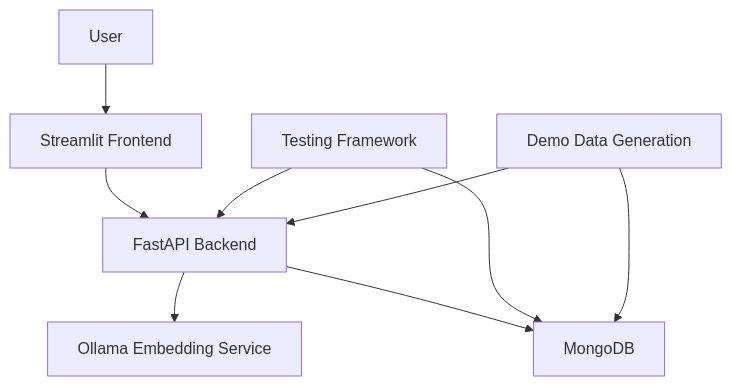
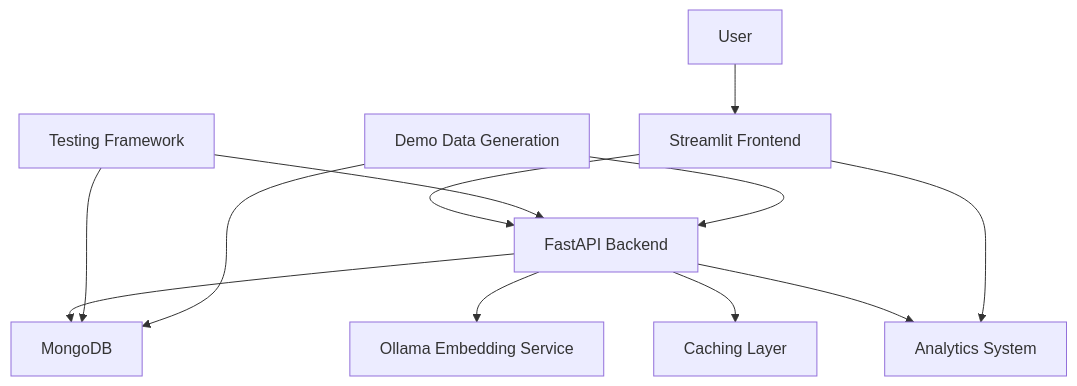
The first of 7 diagrams in memory-bank/systemPatterns.md (Tapas15/Lamma_recommender), drawn with Mermaid before and after one commit. The commit also changed other lines of this file and 4 other files, not shown here.

````diff
--- a/memory-bank/systemPatterns.md
+++ b/memory-bank/systemPatterns.md
@@ -15,11 +17,14 @@
 ```mermaid
 graph TD
     User[User] --> Frontend[Streamlit Frontend]
     Frontend --> Backend[FastAPI Backend]
     Backend --> Database[MongoDB]
     Backend --> EmbeddingService[Ollama Embedding Service]
+    Backend --> CachingLayer[Caching Layer]
     TestFramework[Testing Framework] --> Backend
     TestFramework --> Database
     DemoData[Demo Data Generation] --> Backend
     DemoData --> Database
+    Backend --> AnalyticsSystem[Analytics System]
+    Frontend --> AnalyticsSystem
 ```
````
